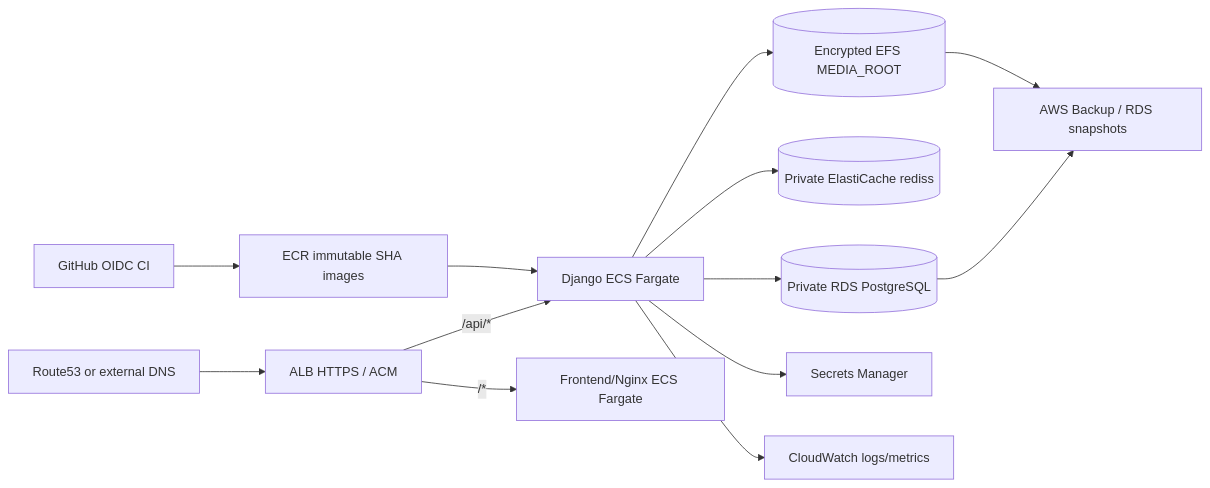
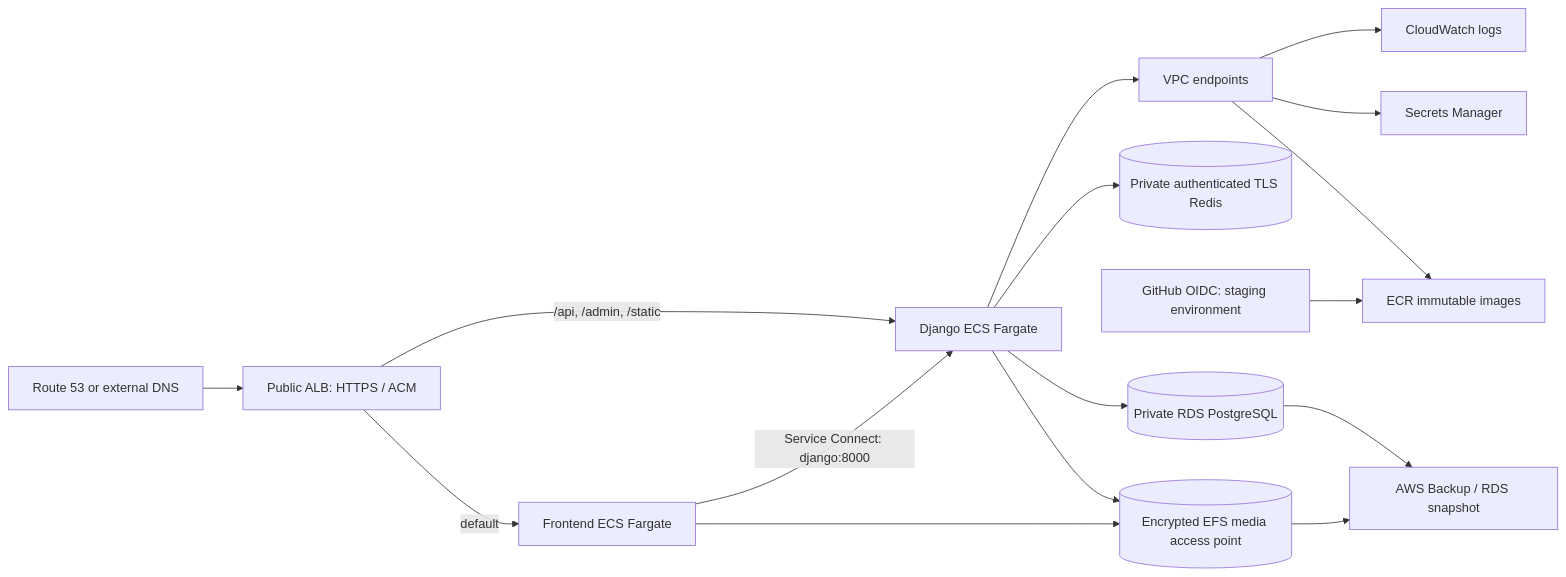
Before and after one commit to hoangquocquan/Django-web-t-123: the diagram in docs/staging/AWS_STAGING_ARCHITECTURE.md, drawn with Mermaid. The commit also changed other lines of this file and 23 other files, not shown here.

Commit message:
Complete AWS staging platform binding remediation

````diff
--- a/docs/staging/AWS_STAGING_ARCHITECTURE.md
+++ b/docs/staging/AWS_STAGING_ARCHITECTURE.md
@@ -3,15 +3,18 @@
 ```mermaid
 flowchart LR
-  DNS[Route53 or external DNS] --> ALB[ALB HTTPS / ACM]
-  ALB -->|/api/*| ECS[Django ECS Fargate]
-  ALB -->|/*| WEB[Frontend/Nginx ECS Fargate]
-  ECS --> RDS[(Private RDS PostgreSQL)]
-  ECS --> REDIS[(Private ElastiCache rediss)]
-  ECS --> EFS[(Encrypted EFS MEDIA_ROOT)]
-  ECS --> SECRETS[Secrets Manager]
-  ECS --> CW[CloudWatch logs/metrics]
-  RDS --> BACKUP[AWS Backup / RDS snapshots]
+  DNS[Route 53 or external DNS] --> ALB[Public ALB: HTTPS / ACM]
+  ALB -->|/api, /admin, /static| DJANGO[Django ECS Fargate]
+  ALB -->|default| WEB[Frontend ECS Fargate]
+  WEB -->|Service Connect: django:8000| DJANGO
+  DJANGO --> RDS[(Private RDS PostgreSQL)]
+  DJANGO --> REDIS[(Private authenticated TLS Redis)]
+  DJANGO --> EFS[(Encrypted EFS media access point)]
+  WEB --> EFS
+  DJANGO --> VPCE[VPC endpoints]
+  VPCE --> SECRETS[Secrets Manager]
+  VPCE --> ECR[ECR immutable images]
+  VPCE --> CW[CloudWatch logs]
+  RDS --> BACKUP[AWS Backup / RDS snapshot]
   EFS --> BACKUP
-  CI[GitHub OIDC CI] --> ECR[ECR immutable SHA images]
-  ECR --> ECS
+  CI[GitHub OIDC: staging environment] --> ECR
 ```
````
